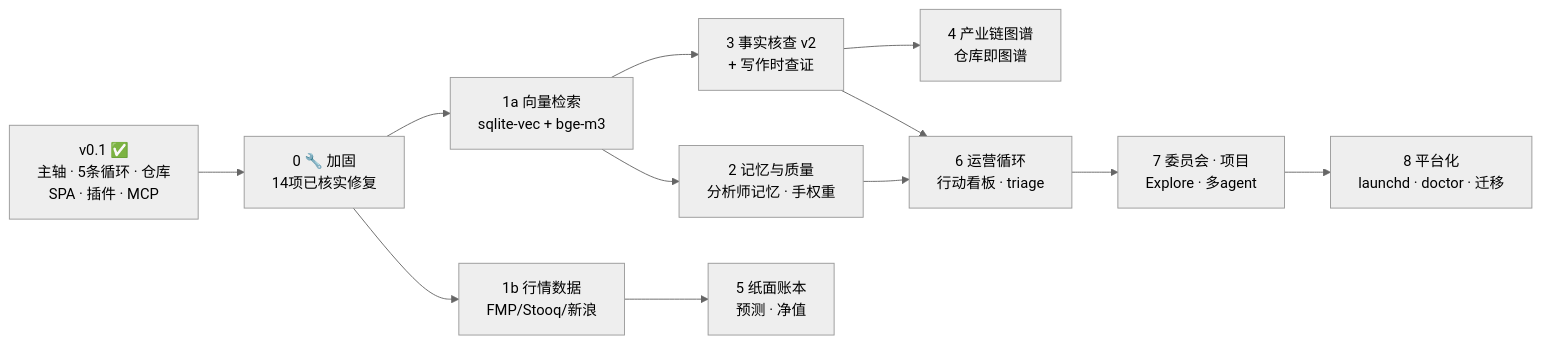
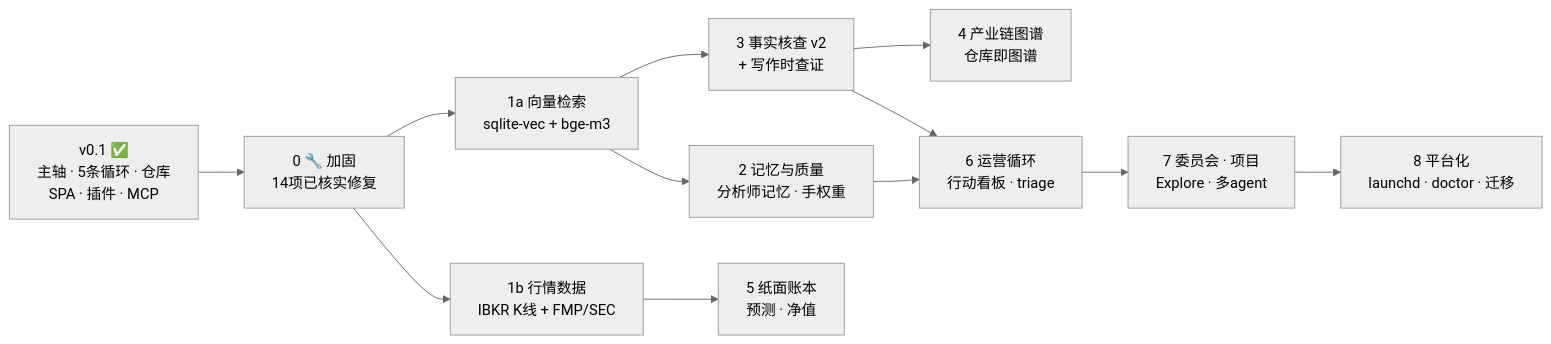
The diagram in README.zh-CN.md (dmquant/institute-one), drawn with Mermaid (neutral theme) before and after one commit. The commit also changed other lines of this file and 54 other files, not shown here.

````diff
--- a/README.zh-CN.md
+++ b/README.zh-CN.md
@@ -151,19 +163,19 @@
 ```mermaid
 flowchart LR
     V01["v0.1 ✅<br/>主轴 · 5条循环 · 仓库<br/>SPA · 插件 · MCP"]
     P0["0 🔧 加固<br/>14项已核实修复"]
     P1A["1a 向量检索<br/>sqlite-vec + bge-m3"]
-    P1B["1b 行情数据<br/>FMP/Stooq/新浪"]
+    P1B["1b 行情数据<br/>IBKR K线 + FMP/SEC"]
     P2["2 记忆与质量<br/>分析师记忆 · 手权重"]
     P3["3 事实核查 v2<br/>+ 写作时查证"]
     P4["4 产业链图谱<br/>仓库即图谱"]
     P5["5 纸面账本<br/>预测 · 净值"]
     P6["6 运营循环<br/>行动看板 · triage"]
     P7["7 委员会 · 项目<br/>Explore · 多agent"]
     P8["8 平台化<br/>launchd · doctor · 迁移"]
     V01 --> P0 --> P1A & P1B
     P1A --> P2 & P3
     P3 --> P4
     P1B --> P5
     P2 & P3 --> P6 --> P7 --> P8
 ```
````
